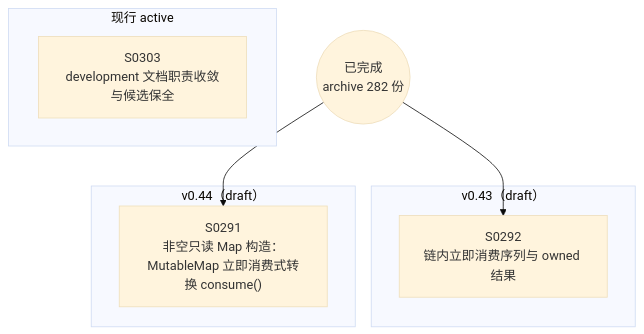
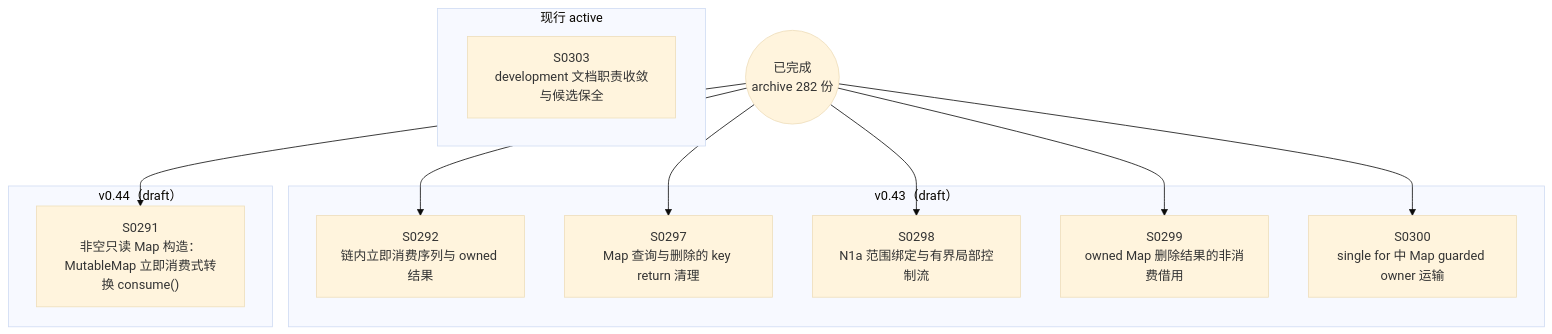
The diagram in docs/specs/dependency-graph.md (Halckon/Koven), drawn with Mermaid (base theme) before and after one commit. The commit also changed other lines of this file and 102 other files, not shown here.

````diff
--- a/docs/specs/dependency-graph.md
+++ b/docs/specs/dependency-graph.md
@@ -9,15 +9,23 @@
 ```mermaid
 flowchart TD
 ARCH(("已完成<br/>archive 282 份"))
 subgraph Gactive["现行 active"]
   S0303["S0303<br/>development 文档职责收敛与候选保全"]
 end
 subgraph Gdrafts_v043["v0.43（draft）"]
   S0292["S0292<br/>链内立即消费序列与 owned 结果"]
+  S0297["S0297<br/>Map 查询与删除的 key return 清理"]
+  S0298["S0298<br/>N1a 范围绑定与有界局部控制流"]
+  S0299["S0299<br/>owned Map 删除结果的非消费借用"]
+  S0300["S0300<br/>single for 中 Map guarded owner 运输"]
 end
 subgraph Gdrafts_v044["v0.44（draft）"]
   S0291["S0291<br/>非空只读 Map 构造：MutableMap 立即消费式转换 consume()"]
 end
 ARCH --> S0291
 ARCH --> S0292
+ARCH --> S0297
+ARCH --> S0298
+ARCH --> S0299
+ARCH --> S0300
 ```
````
